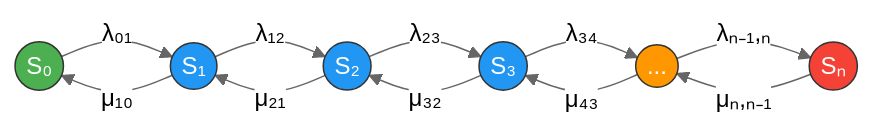
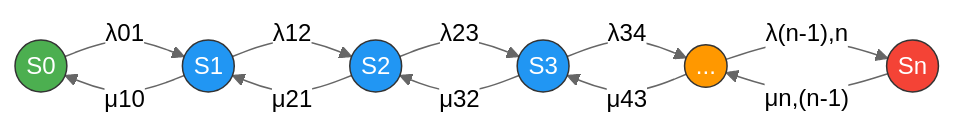
The second of 5 diagrams in docs/05-queueing-basics.md (stareeg/simulation-modeling-notes), drawn with Mermaid (neutral theme) before and after one commit. The commit also changed other lines of this file and 14 other files, not shown here.

````diff
--- a/docs/05-queueing-basics.md
+++ b/docs/05-queueing-basics.md
@@ -265,20 +294,20 @@
 ```mermaid
 graph LR
-    S0(("S₀")) -->|"λ₀₁"| S1(("S₁"))
-    S1 -->|"μ₁₀"| S0
-    S1 -->|"λ₁₂"| S2(("S₂"))
-    S2 -->|"μ₂₁"| S1
-    S2 -->|"λ₂₃"| S3(("S₃"))
-    S3 -->|"μ₃₂"| S2
-    S3 -->|"λ₃₄"| S4(("..."))
-    S4 -->|"μ₄₃"| S3
-    S4 -->|"λₙ₋₁,ₙ"| S5(("Sₙ"))
-    S5 -->|"μₙ,ₙ₋₁"| S4
+    S0(("S0")) -->|"λ01"| S1(("S1"))
+    S1 -->|"μ10"| S0
+    S1 -->|"λ12"| S2(("S2"))
+    S2 -->|"μ21"| S1
+    S2 -->|"λ23"| S3(("S3"))
+    S3 -->|"μ32"| S2
+    S3 -->|"λ34"| S4(("..."))
+    S4 -->|"μ43"| S3
+    S4 -->|"λ(n-1),n"| S5(("Sn"))
+    S5 -->|"μn,(n-1)"| S4
 
     style S0 fill:#4CAF50,stroke:#333,color:#fff
     style S1 fill:#2196F3,stroke:#333,color:#fff
     style S2 fill:#2196F3,stroke:#333,color:#fff
     style S3 fill:#2196F3,stroke:#333,color:#fff
     style S4 fill:#FF9800,stroke:#333,color:#fff
     style S5 fill:#f44336,stroke:#333,color:#fff
 ```
````
